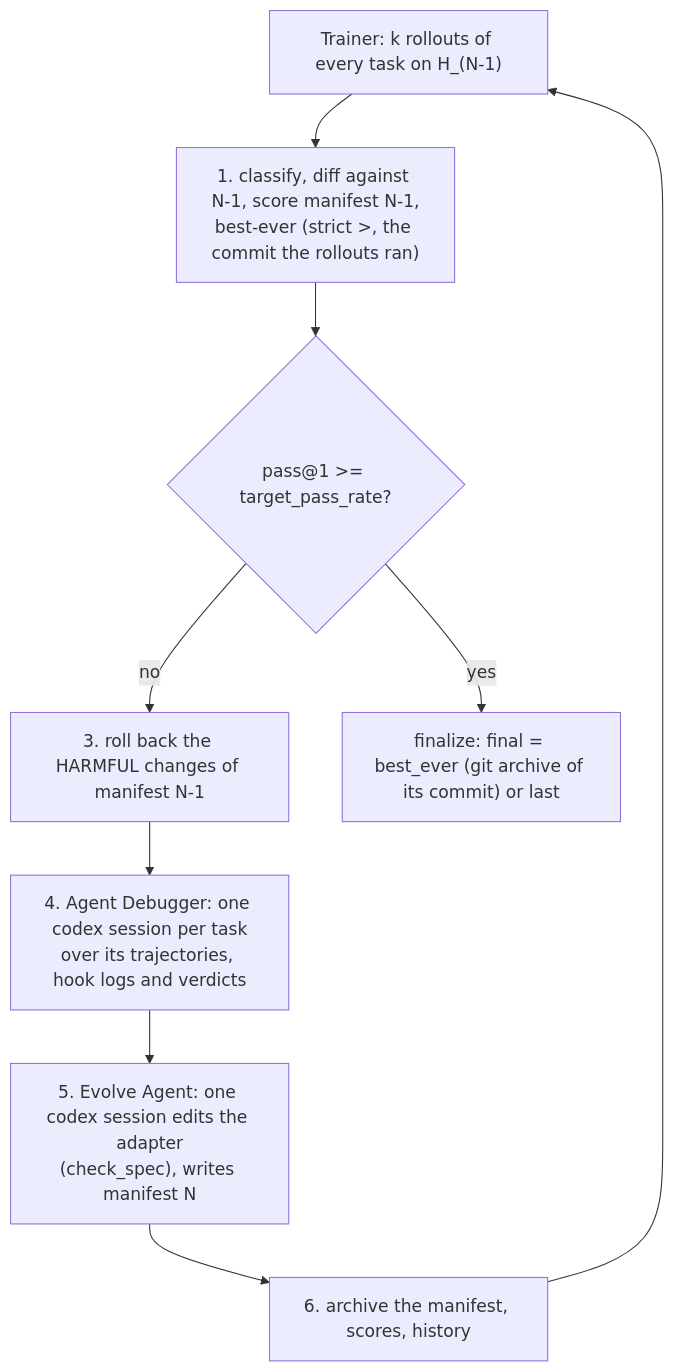
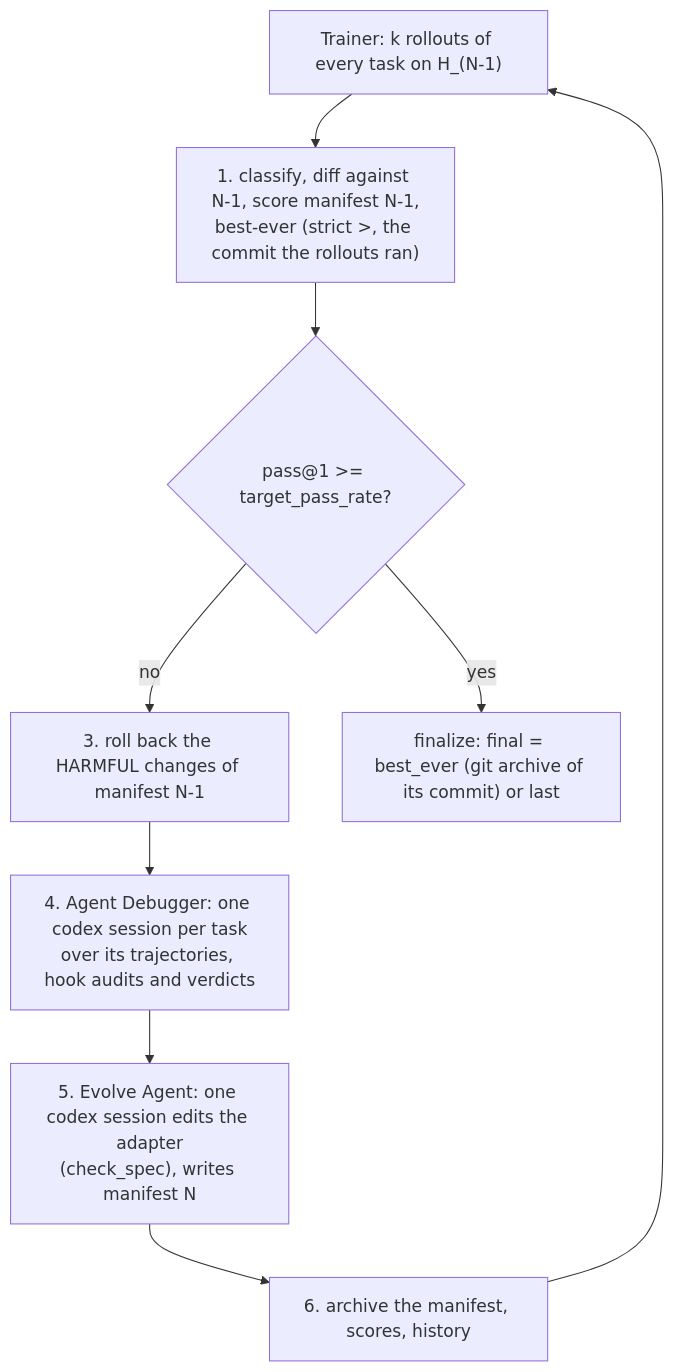
The diagram in docs/methods/ahe_adapter.md (Infini-AI-Lab/hermit), drawn with Mermaid before and after one commit. The commit also changed other lines of this file and 6 other files, not shown here.

````diff
--- a/docs/methods/ahe_adapter.md
+++ b/docs/methods/ahe_adapter.md
@@ -77,14 +77,14 @@
 ```mermaid
 flowchart TD
     R["Trainer: k rollouts of every task on H_(N-1)"]
     S["1. classify, diff against N-1, score manifest N-1,<br/>best-ever (strict >, the commit the rollouts ran)"]
     E{"pass@1 >= target_pass_rate?"}
     B["3. roll back the HARMFUL changes of manifest N-1"]
-    D["4. Agent Debugger: one codex session per task<br/>over its trajectories, hook logs and verdicts"]
+    D["4. Agent Debugger: one codex session per task<br/>over its trajectories, hook audits and verdicts"]
     V["5. Evolve Agent: one codex session edits the adapter<br/>(check_spec), writes manifest N"]
     P["6. archive the manifest, scores, history"]
     F["finalize: final = best_ever (git archive of its commit) or last"]
     R --> S --> E
     E -- yes --> F
     E -- no --> B --> D --> V --> P --> R
 ```
````
